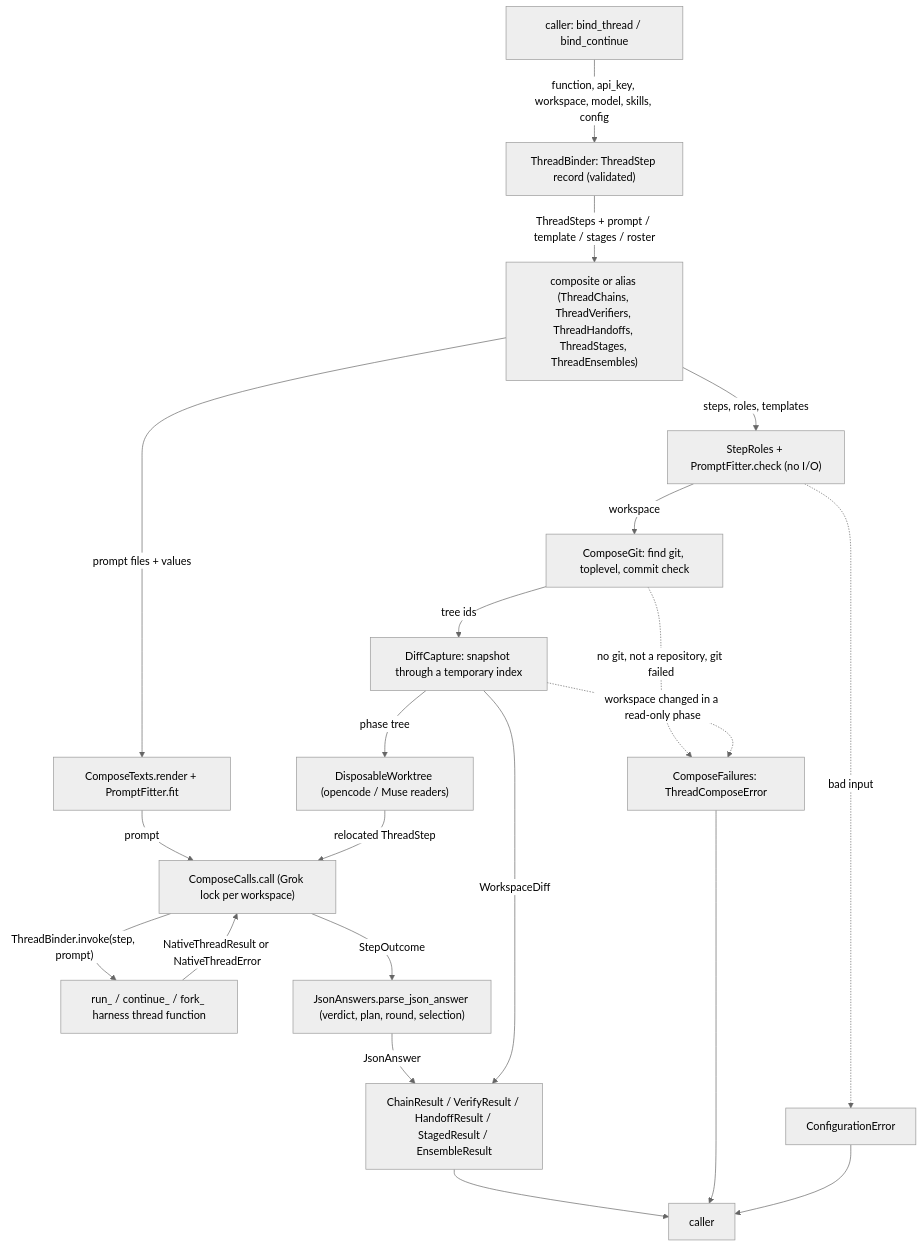
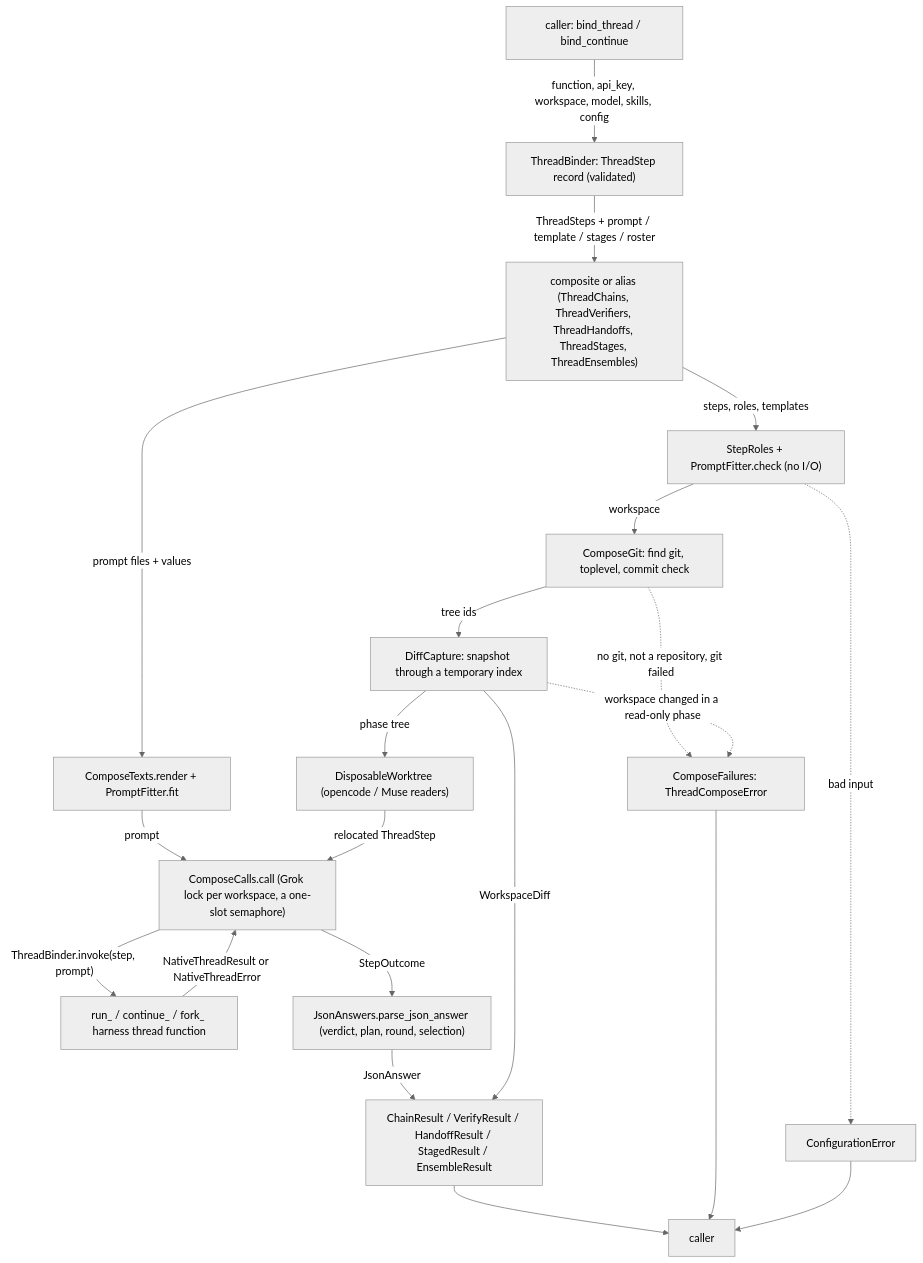
The first of 2 diagrams in docs/spec/native-thread-compose/spec.md (cerredz/Vidbyte-SDK), drawn with Mermaid (neutral theme) before and after one commit. The commit also changed other lines of this file and 1 other file, not shown here.

First line of the commit message:
docs(spec): revise native-thread-compose spec r4 (S2 test-author findings)

````diff
--- a/docs/spec/native-thread-compose/spec.md
+++ b/docs/spec/native-thread-compose/spec.md
@@ -141,23 +141,23 @@
 ```mermaid
 flowchart TD
   A["caller: bind_thread / bind_continue"] -->|"function, api_key, workspace, model, skills, config"| B["ThreadBinder: ThreadStep record (validated)"]
   B -->|"ThreadSteps + prompt / template / stages / roster"| C["composite or alias (ThreadChains, ThreadVerifiers, ThreadHandoffs, ThreadStages, ThreadEnsembles)"]
   C -->|"steps, roles, templates"| V["StepRoles + PromptFitter.check (no I/O)"]
   V -->|"workspace"| G["ComposeGit: find git, toplevel, commit check"]
   G -->|"tree ids"| S["DiffCapture: snapshot through a temporary index"]
   S -->|"phase tree"| W["DisposableWorktree (opencode / Muse readers)"]
   C -->|"prompt files + values"| P["ComposeTexts.render + PromptFitter.fit"]
-  P -->|"prompt"| K["ComposeCalls.call (Grok lock per workspace)"]
+  P -->|"prompt"| K["ComposeCalls.call (Grok lock per workspace, a one-slot semaphore)"]
   W -->|"relocated ThreadStep"| K
   K -->|"ThreadBinder.invoke(step, prompt)"| N["run_ / continue_ / fork_ harness thread function"]
   N -->|"NativeThreadResult or NativeThreadError"| K
   K -->|"StepOutcome"| J["JsonAnswers.parse_json_answer (verdict, plan, round, selection)"]
   J -->|"JsonAnswer"| R["ChainResult / VerifyResult / HandoffResult / StagedResult / EnsembleResult"]
   S -->|"WorkspaceDiff"| R
   R --> Z["caller"]
   V -. "bad input" .-> Y["ConfigurationError"]
   G -. "no git, not a repository, git failed" .-> X["ComposeFailures: ThreadComposeError"]
   S -. "workspace changed in a read-only phase" .-> X
   X --> Z
   Y --> Z
 ```
````
